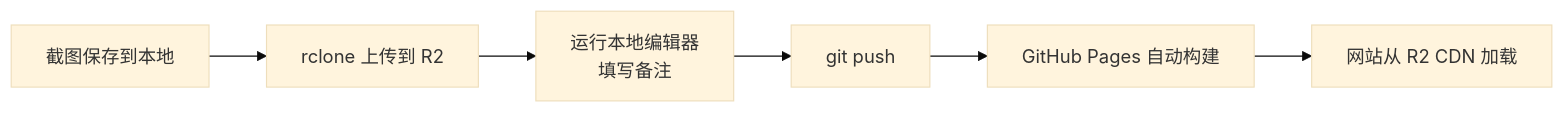
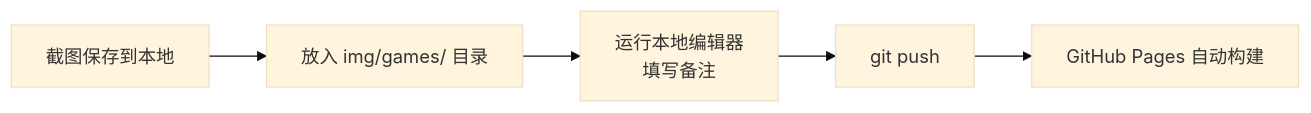
Before and after one commit to Omnivored/omnivored.github.io: the diagram in FUN_MANUAL.md, drawn with Mermaid (base theme). The commit also changed other lines of this file and 5 other files, not shown here.

````diff
--- a/FUN_MANUAL.md
+++ b/FUN_MANUAL.md
@@ -23,8 +22,7 @@
 ```mermaid
 graph LR
-    A[截图保存到本地] --> B[rclone 上传到 R2]
+    A[截图保存到本地] --> B[放入 img/games/ 目录]
     B --> C[运行本地编辑器<br/>填写备注]
     C --> D[git push]
     D --> E[GitHub Pages 自动构建]
-    E --> F[网站从 R2 CDN 加载]
 ```
````
